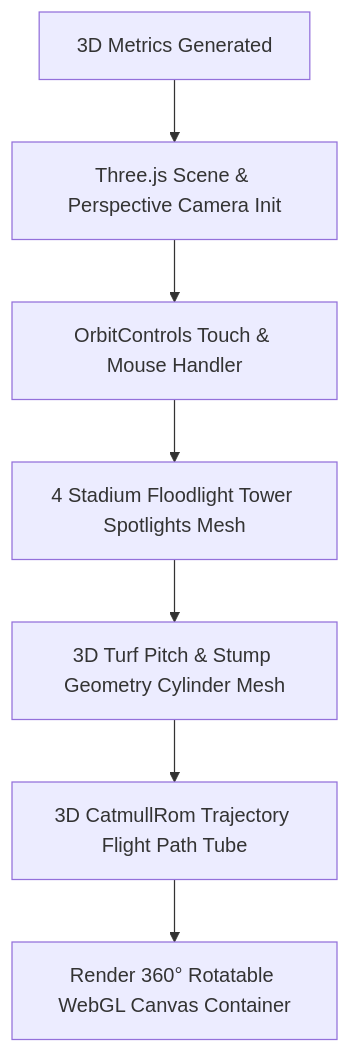
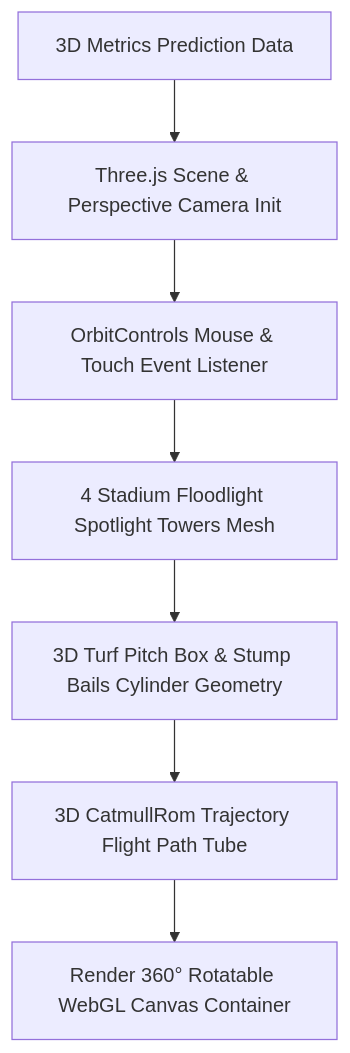
Before and after one commit to udbhav968-creator/opencv: the fifth of 12 diagrams in README.md, drawn with Mermaid. The commit also changed other lines of this file, not shown here.

Commit message:
docs: Comprehensive 12-Flowchart Masterclass README.md documenting 6-model AI ensemble, multi-page routing, live RTSP ingestion, and multi-source API harvester

````diff
--- a/README.md
+++ b/README.md
@@ -63,9 +81,9 @@
 ```mermaid
 flowchart TD
-    A[3D Metrics Generated] --> B[Three.js Scene & Perspective Camera Init]
-    B --> C[OrbitControls Touch & Mouse Handler]
-    C --> D[4 Stadium Floodlight Tower Spotlights Mesh]
-    D --> E[3D Turf Pitch & Stump Geometry Cylinder Mesh]
+    A[3D Metrics Prediction Data] --> B[Three.js Scene & Perspective Camera Init]
+    B --> C[OrbitControls Mouse & Touch Event Listener]
+    C --> D[4 Stadium Floodlight Spotlight Towers Mesh]
+    D --> E[3D Turf Pitch Box & Stump Bails Cylinder Geometry]
     E --> F[3D CatmullRom Trajectory Flight Path Tube]
     F --> G[Render 360° Rotatable WebGL Canvas Container]
 ```
````
